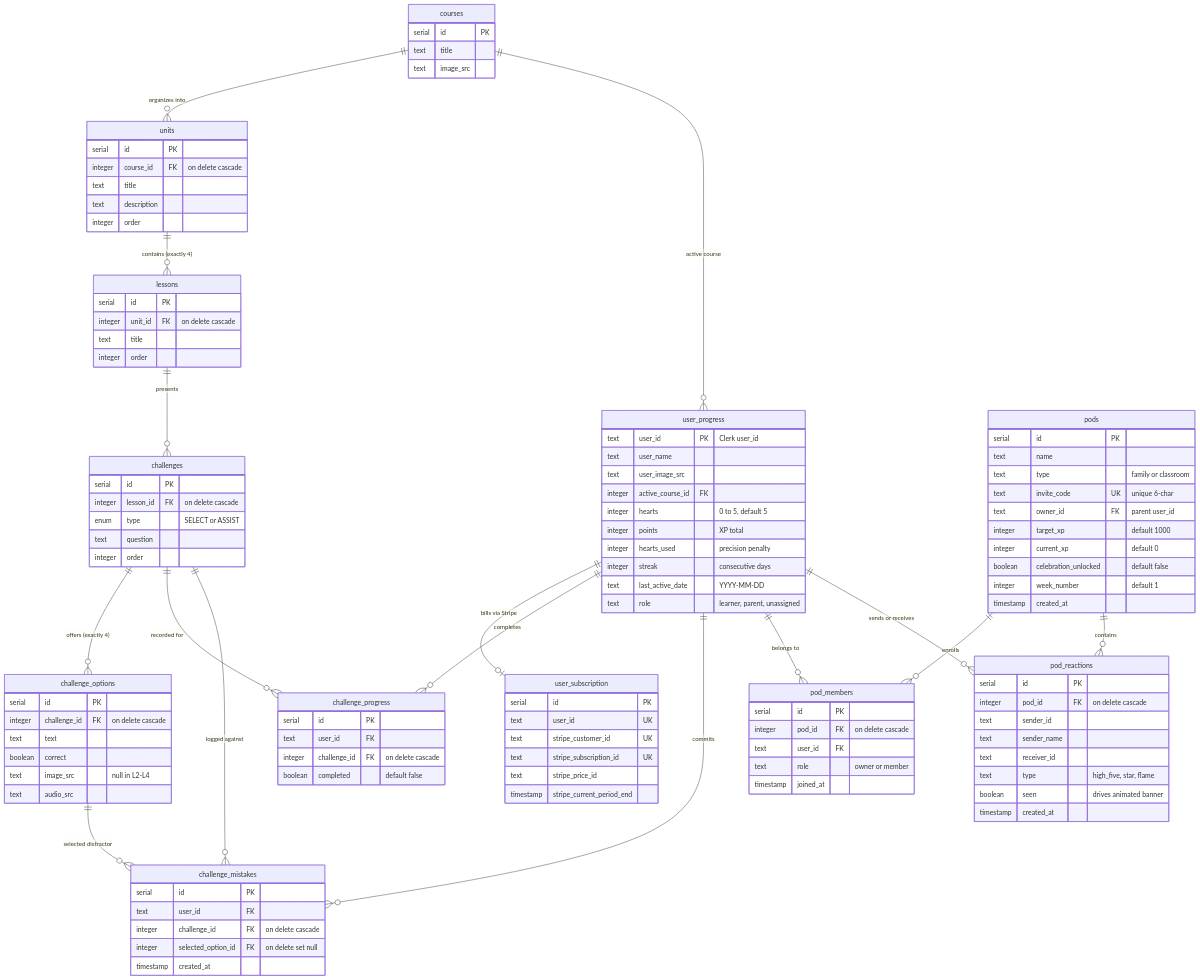
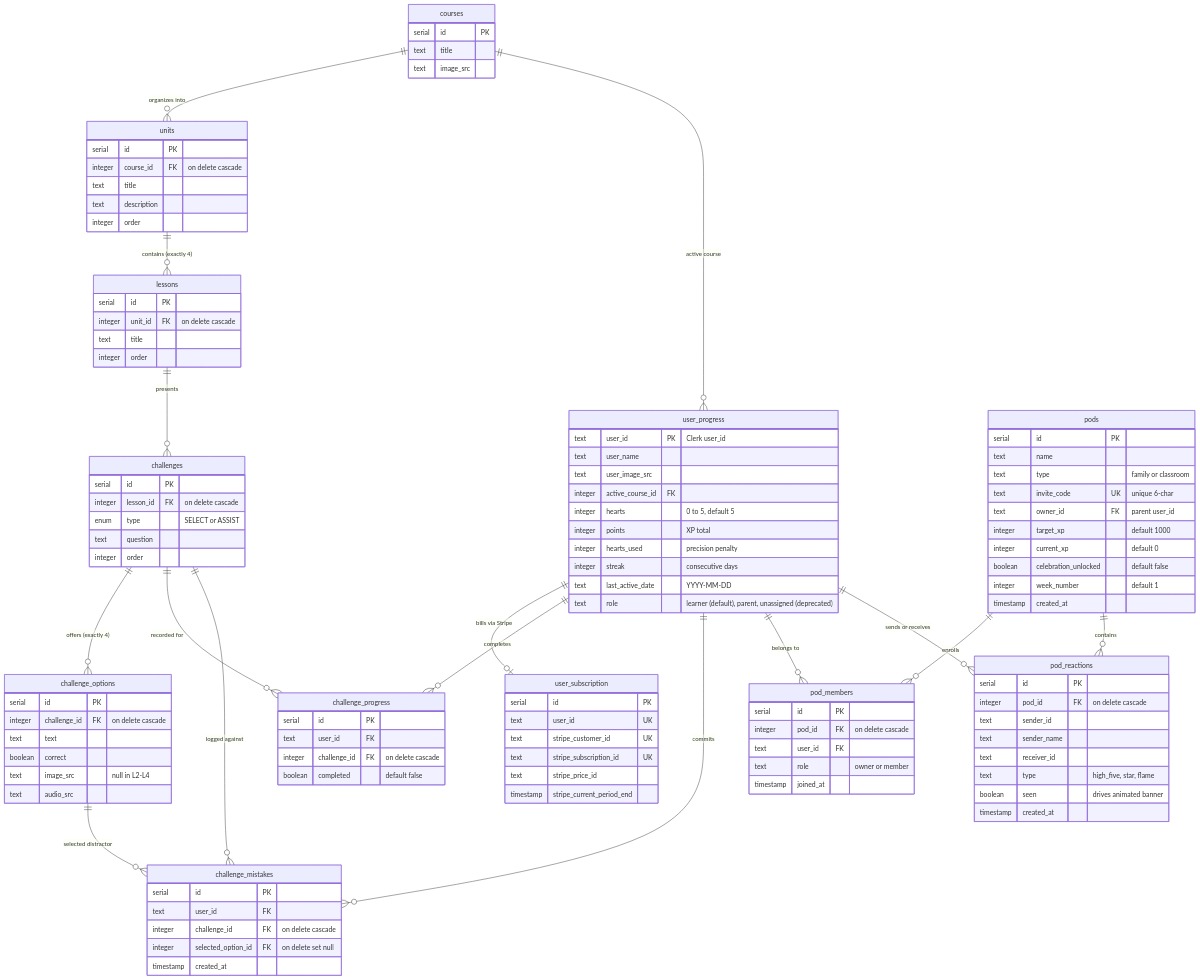
One commit to AdminPhil/2lingo changed the second of 6 diagrams in docs/2. ARCHITECTURE_AND_DATA.md. Above: the diagram before and after it, drawn with Mermaid. The commit also changed other lines of this file and 4 other files, not shown here.

```diff
--- a/docs/2. ARCHITECTURE_AND_DATA.md
+++ b/docs/2. ARCHITECTURE_AND_DATA.md
@@ -131,7 +131,7 @@
         integer hearts_used "precision penalty"
         integer streak "consecutive days"
         text last_active_date "YYYY-MM-DD"
-        text role "learner, parent, unassigned"
+        text role "learner (default), parent, unassigned (deprecated)"
     }
 
     challenge_progress {
```
